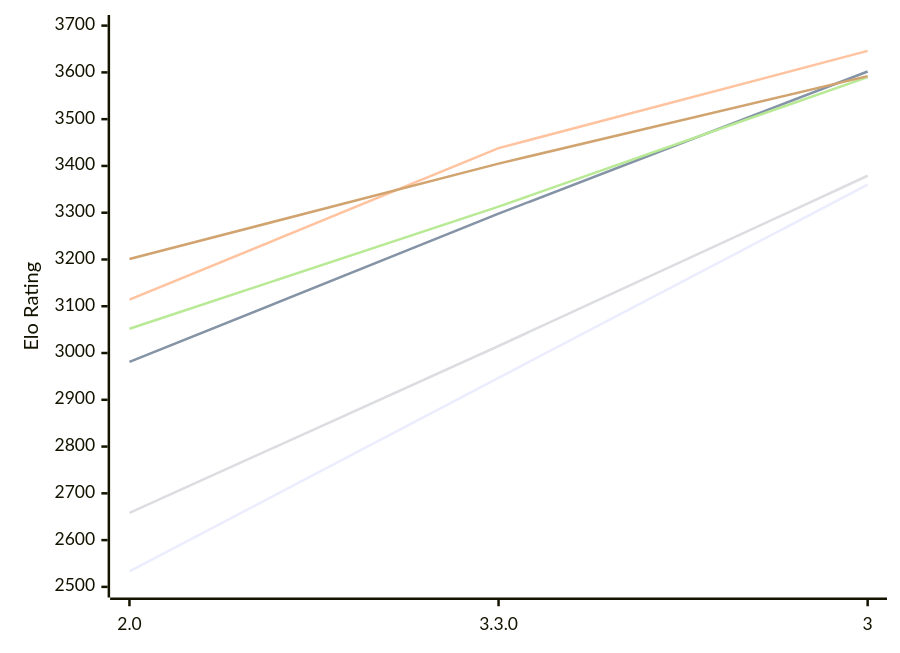
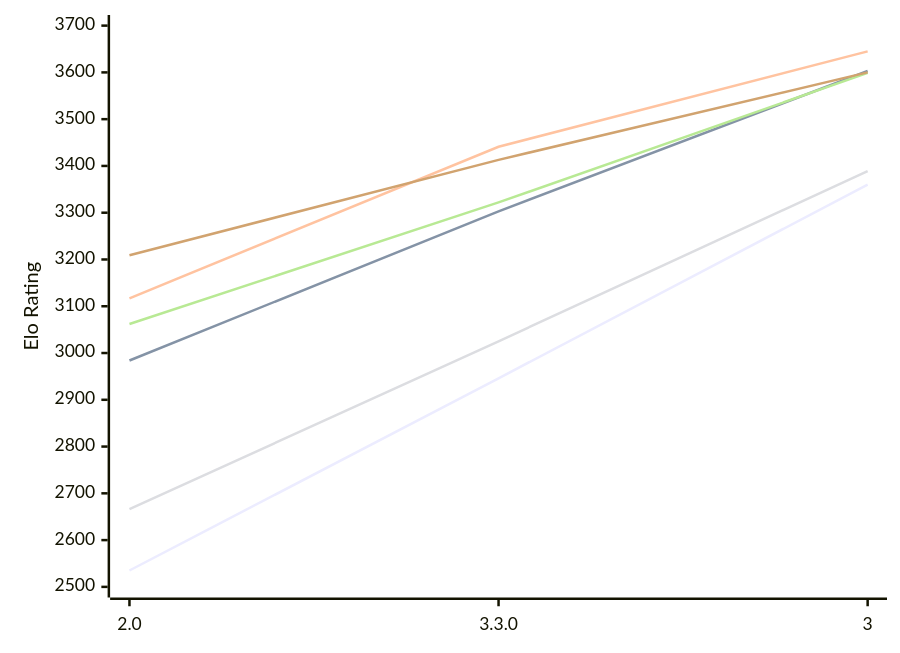
The diagram in engines/Ravager.md (computer-chess-index/cci), drawn with Mermaid before and after one commit. The commit also changed other lines of this file, not shown here.

Commit message:
Update CCI Ratings (ELO VLTC) - 2026-11-25

````diff
--- a/engines/Ravager.md
+++ b/engines/Ravager.md
@@ -51,12 +51,12 @@
 ```mermaid
 %%{init: {"theme":"base","themeVariables":{"seriesColors:['#a3a3a3','#222221','#faa371']}}}%%
 xychart-beta
   x-axis ["2.0", "3.3.0", "3"]
   y-axis "Elo Rating" 2500 --> 3700
-  line "E1: STC (8.0+0.08s)" [2533, 2947, 3360]
-  line "E1: LTC (60.0+0.60s)" [2981, 3298, 3602]
-  line "E1: VLTC (2m24s+1.12s)" [3114, 3438, 3646]
-  line "P1: STC (8.0+0.08s)" [2658, 3015, 3379]
-  line "P1: LTC (60.0+0.60s)" [3052, 3313, 3590]
-  line "P1: VLTC (2m24s+1.12s)" [3201, 3405, 3592]
+  line "E1: STC (8.0+0.08s)" [2535, 2946, 3360]
+  line "E1: LTC (60.0+0.60s)" [2984, 3303, 3603]
+  line "E1: VLTC (2m24s+1.12s)" [3117, 3441, 3645]
+  line "P1: STC (8.0+0.08s)" [2666, 3025, 3389]
+  line "P1: LTC (60.0+0.60s)" [3062, 3322, 3599]
+  line "P1: VLTC (2m24s+1.12s)" [3209, 3413, 3600]
 ```
````
